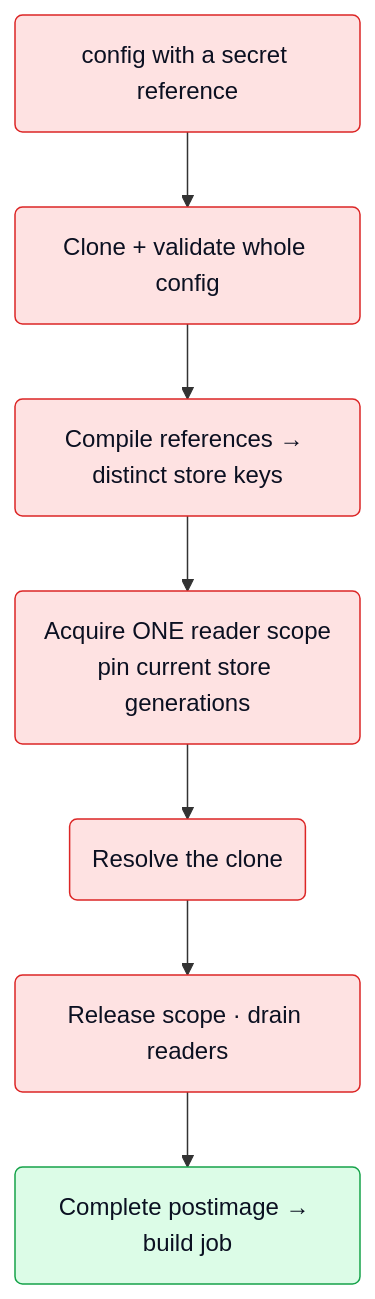
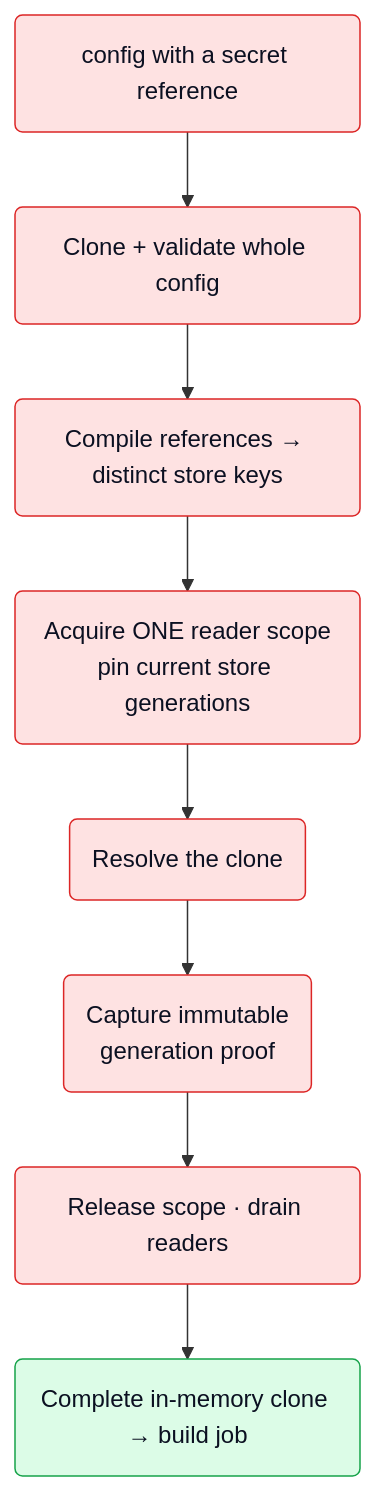
One commit to netdata/netdata changed the seventh of 11 diagrams in src/go/plugin/agent/jobmgr/ARCHITECTURE.md. Above: the diagram before and after it, drawn with Mermaid. The commit also changed other lines of this file and 161 other files, not shown here.

````diff
--- a/src/go/plugin/agent/jobmgr/ARCHITECTURE.md
+++ b/src/go/plugin/agent/jobmgr/ARCHITECTURE.md
@@ -379,17 +641,18 @@
 ```mermaid
 flowchart TD
     Ref("config with a secret reference")
     Clone("Clone + validate whole config")
     Compile("Compile references → distinct store keys")
     Scope("Acquire ONE reader scope<br/>pin current store generations")
     Resolve("Resolve the clone")
+    Proof("Capture immutable<br/>generation proof")
     Release("Release scope · drain readers")
-    Post("Complete postimage → build job")
+    Post("Complete in-memory clone → build job")
 
-    Ref --> Clone --> Compile --> Scope --> Resolve --> Release --> Post
+    Ref --> Clone --> Compile --> Scope --> Resolve --> Proof --> Release --> Post
 
     classDef sec fill:#fee2e2,stroke:#dc2626,color:#0b1021;
     classDef job fill:#dcfce7,stroke:#16a34a,color:#0b1021;
-    class Ref,Clone,Compile,Scope,Resolve,Release sec;
+    class Ref,Clone,Compile,Scope,Resolve,Proof,Release sec;
     class Post job;
 ```
````
